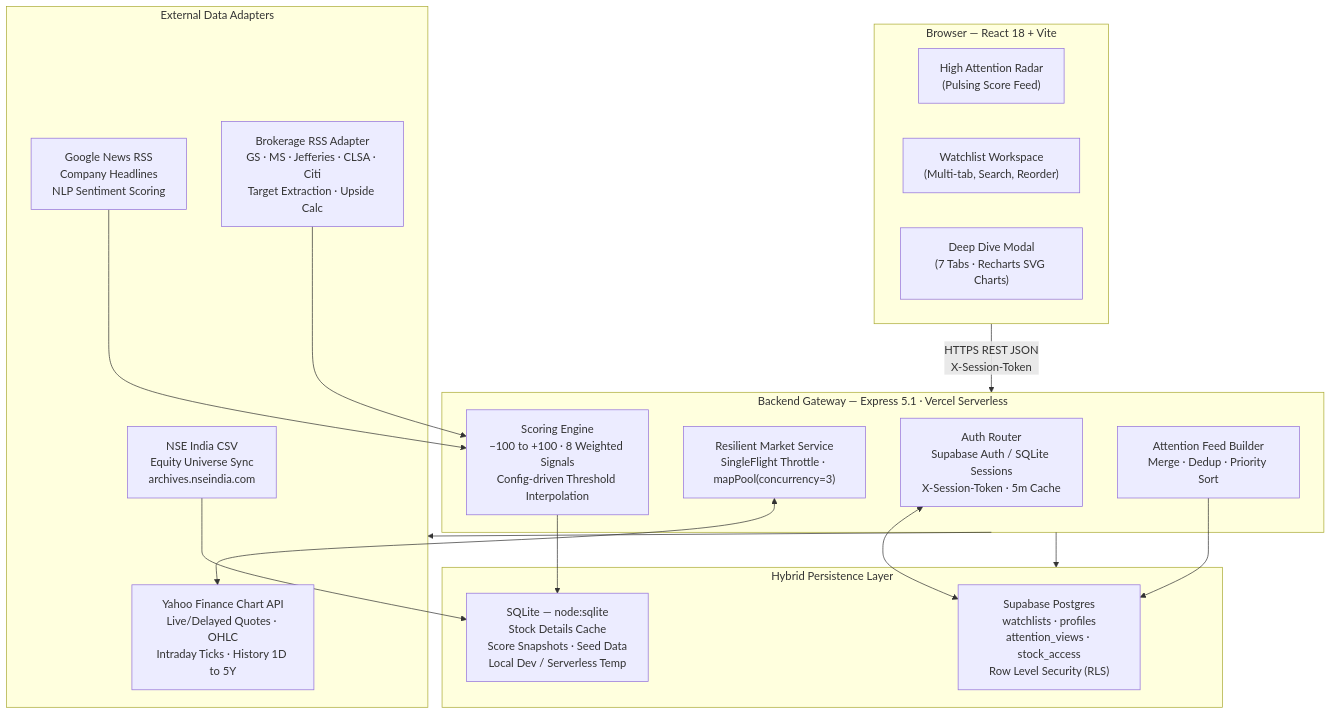
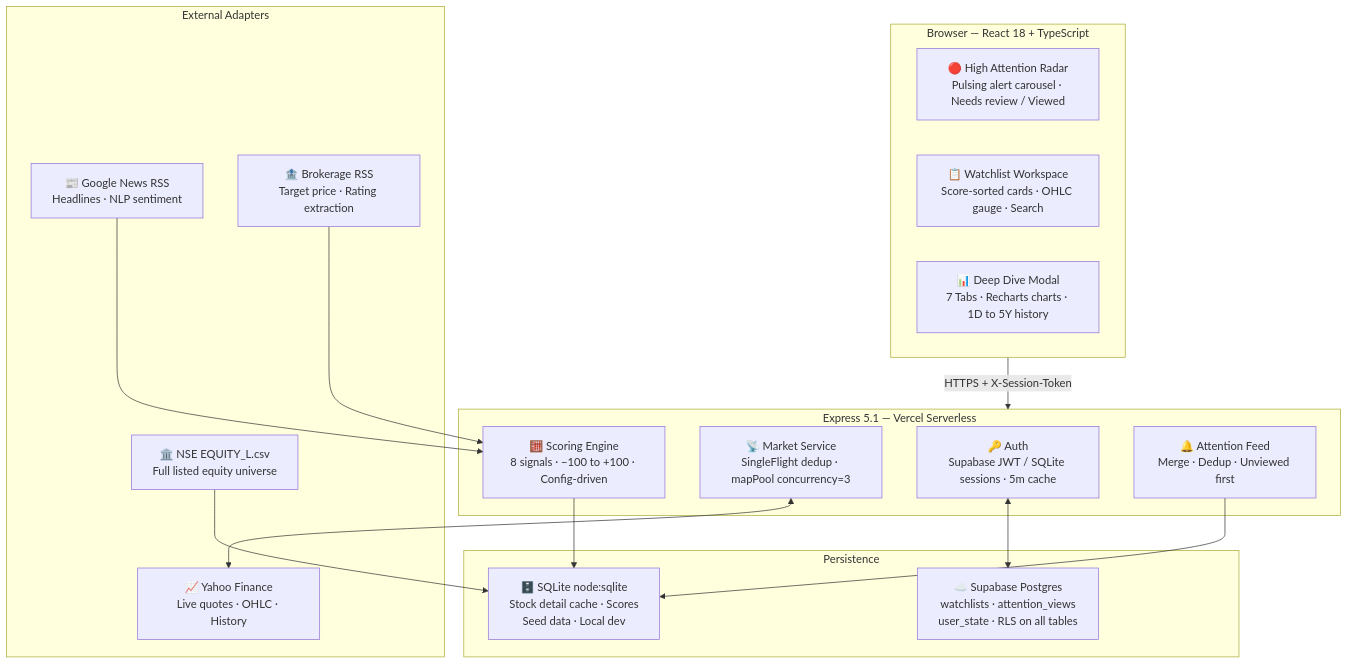
One commit to Sejal707/Nazara-Smart-Stock-Watchlist- changed the diagram in README.md. Above: the diagram before and after it, drawn with Mermaid. The commit also changed other lines of this file, not shown here.

````diff
--- a/README.md
+++ b/README.md
@@ -88,38 +37,34 @@
 ```mermaid
 graph TB
-    subgraph CLIENT["Browser — React 18 + Vite"]
-        A1["High Attention Radar\n(Pulsing Score Feed)"]
-        A2["Watchlist Workspace\n(Multi-tab, Search, Reorder)"]
-        A3["Deep Dive Modal\n(7 Tabs · Recharts SVG Charts)"]
+    subgraph CLIENT["Browser — React 18 + TypeScript"]
+        A1["🔴 High Attention Radar\nPulsing alert carousel · Needs review / Viewed"]
+        A2["📋 Watchlist Workspace\nScore-sorted cards · OHLC gauge · Search"]
+        A3["📊 Deep Dive Modal\n7 Tabs · Recharts charts · 1D to 5Y history"]
     end
 
-    subgraph GATEWAY["Backend Gateway — Express 5.1 · Vercel Serverless"]
-        B1["Auth Router\nSupabase Auth / SQLite Sessions\nX-Session-Token · 5m Cache"]
-        B2["Resilient Market Service\nSingleFlight Throttle · mapPool(concurrency=3)"]
-        B3["Scoring Engine\n−100 to +100 · 8 Weighted Signals\nConfig-driven Threshold Interpolation"]
-        B4["Attention Feed Builder\nMerge · Dedup · Priority Sort"]
+    subgraph GATEWAY["Express 5.1 — Vercel Serverless"]
+        B1["🔑 Auth\nSupabase JWT / SQLite sessions · 5m cache"]
+        B2["📡 Market Service\nSingleFlight dedup · mapPool concurrency=3"]
+        B3["🧮 Scoring Engine\n8 signals · −100 to +100 · Config-driven"]
+        B4["🔔 Attention Feed\nMerge · Dedup · Unviewed first"]
     end
 
-    subgraph ADAPTERS["External Data Adapters"]
-        C1["Yahoo Finance Chart API\nLive/Delayed Quotes · OHLC\nIntraday Ticks · History 1D to 5Y"]
-        C2["Google News RSS\nCompany Headlines\nNLP Sentiment Scoring"]
-        C3["Brokerage RSS Adapter\nGS · MS · Jefferies · CLSA · Citi\nTarget Extraction · Upside Calc"]
-        C4["NSE India CSV\nEquity Universe Sync\narchives.nseindia.com"]
+    subgraph EXTERNAL["External Adapters"]
+        C1["📈 Yahoo Finance\nLive quotes · OHLC · History"]
+        C2["📰 Google News RSS\nHeadlines · NLP sentiment"]
+        C3["🏦 Brokerage RSS\nTarget price · Rating extraction"]
+        C4["🏛️ NSE EQUITY_L.csv\nFull listed equity universe"]
     end
 
-    subgraph PERSISTENCE["Hybrid Persistence Layer"]
-        D1["Supabase Postgres\nwatchlists · profiles\nattention_views · stock_access\nRow Level Security (RLS)"]
-        D2["SQLite — node:sqlite\nStock Details Cache\nScore Snapshots · Seed Data\nLocal Dev / Serverless Temp"]
+    subgraph DATA["Persistence"]
+        D1["☁️ Supabase Postgres\nwatchlists · attention_views\nuser_state · RLS on all tables"]
+        D2["🗄️ SQLite node:sqlite\nStock detail cache · Scores\nSeed data · Local dev"]
     end
 
-    CLIENT -- "HTTPS REST JSON\nX-Session-Token" --> GATEWAY
-    GATEWAY --> ADAPTERS
-    GATEWAY --> PERSISTENCE
+    CLIENT -- "HTTPS + X-Session-Token" --> GATEWAY
+    B2 <--> C1
+    C2 & C3 --> B3
+    C4 --> D2
     B1 <--> D1
-    B2 <--> C1
-    B3 --> D2
-    B4 --> D1
-    C2 --> B3
-    C3 --> B3
-    C4 --> D2
+    B3 & B4 --> D2
 ```
````
